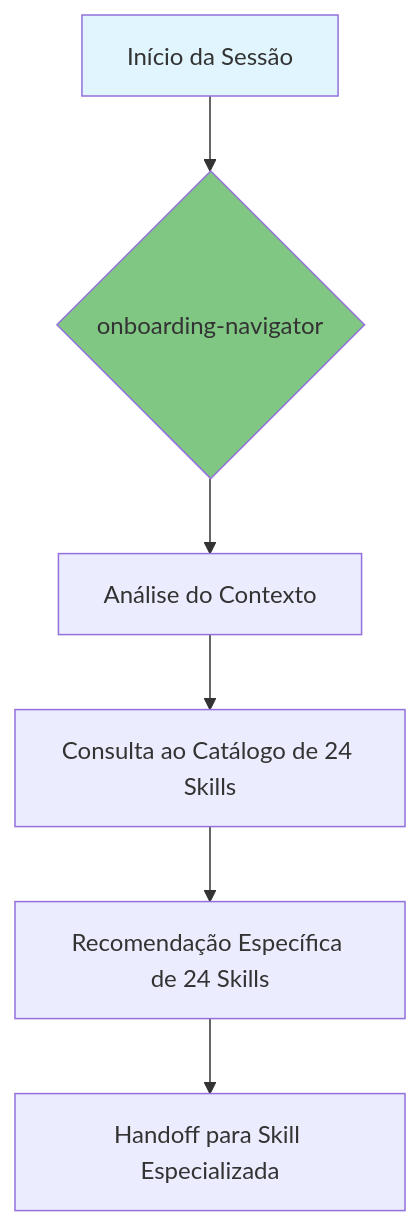
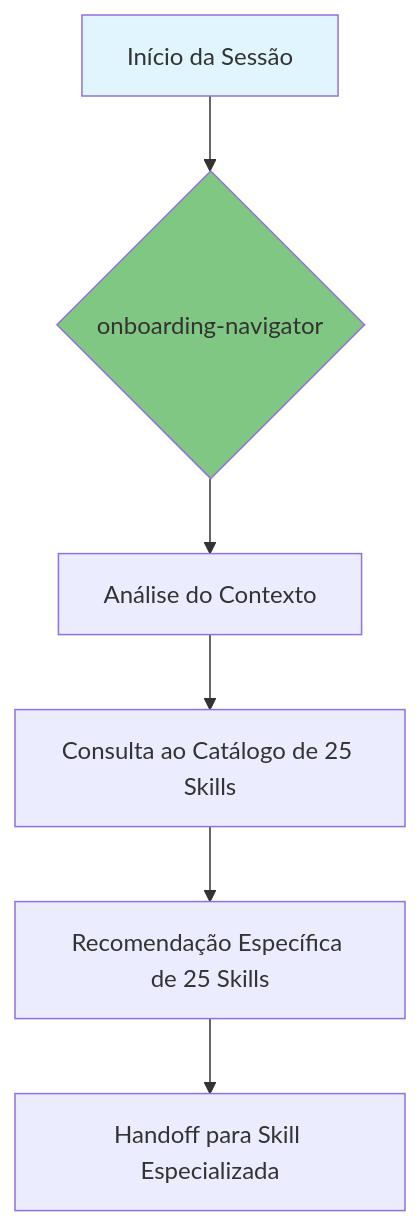
One commit to KlebersonCollab/skills changed the diagram in onboarding-navigator/SKILL.md. Above: the diagram before and after it, drawn with Mermaid. The commit also changed other lines of this file and 6 other files, not shown here.

````diff
--- a/onboarding-navigator/SKILL.md
+++ b/onboarding-navigator/SKILL.md
@@ -58,12 +58,12 @@
 ```mermaid
 flowchart TD
     Start[Início da Sessão] --> Onboarding{onboarding-navigator}
     
     Onboarding --> Analise[Análise do Contexto]
-    Analise --> Catálogo[Consulta ao Catálogo de 24 Skills]
-    Catálogo --> Recomendação[Recomendação Específica de 24 Skills]
+    Analise --> Catálogo[Consulta ao Catálogo de 25 Skills]
+    Catálogo --> Recomendação[Recomendação Específica de 25 Skills]
     Recomendação --> Handoff[Handoff para Skill Especializada]
     
     style Start fill:#e1f5fe
     style Onboarding fill:#81c784
 ```
````
